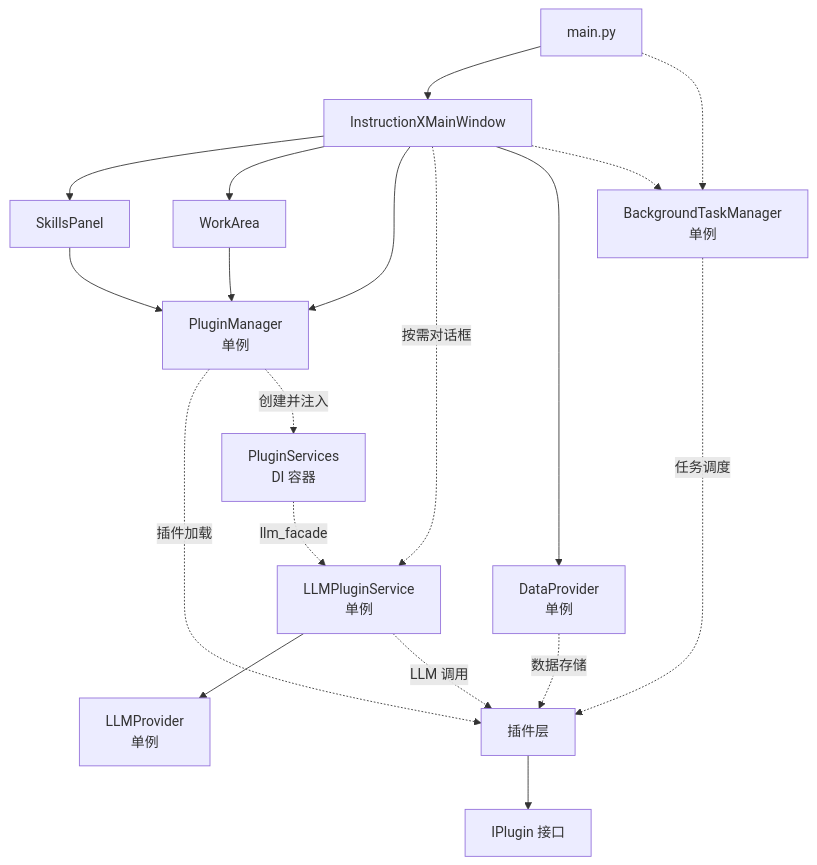
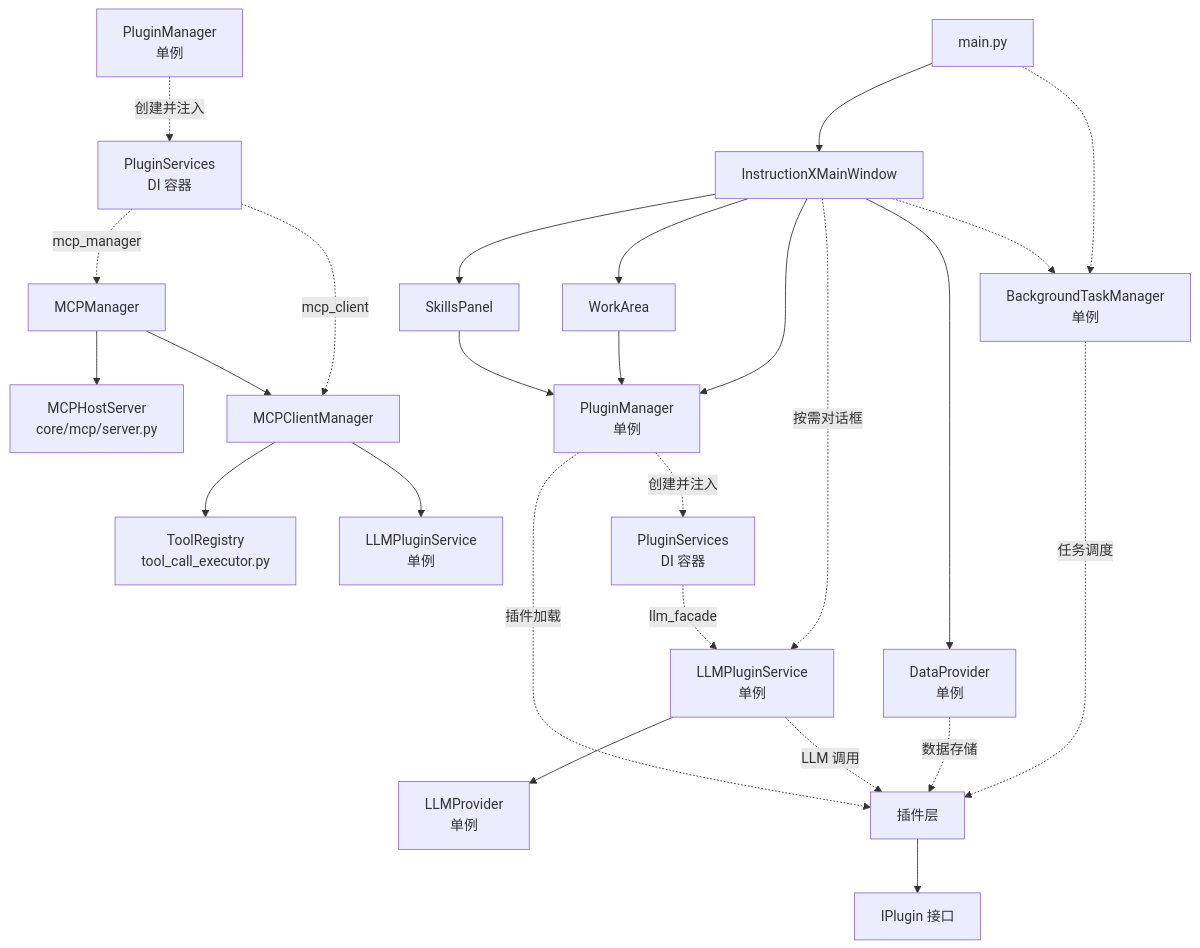
The fifth of 5 diagrams in docs/architecture/module-dependencies.md (KKPIP-Tech/InstructionX), drawn with Mermaid before and after one commit. The commit also changed other lines of this file and 9 other files, not shown here.

````diff
--- a/docs/architecture/module-dependencies.md
+++ b/docs/architecture/module-dependencies.md
@@ -323,25 +343,32 @@
 ```mermaid
 graph TD
     MAIN[main.py] --> MW[InstructionXMainWindow]
     MAIN[main.py] -.-> BTM[BackgroundTaskManager<br/>单例]
 
     MW --> SP[SkillsPanel]
     MW --> WA[WorkArea]
     MW --> PM[PluginManager<br/>单例]
     MW -.->|按需对话框| LLMS[LLMPluginService<br/>单例]
     MW --> DP[DataProvider<br/>单例]
     MW -.-> BTM
 
     SP --> PM
     WA --> PM
 
     PM -.->|插件加载| PL[插件层]
     PM -.->|创建并注入| PS[PluginServices<br/>DI 容器]
     PS -.->|llm_facade| LLMS
     DP -.->|数据存储| PL
     BTM -.->|任务调度| PL
     LLMS --> LLP[LLMProvider<br/>单例]
     LLMS -.->|LLM 调用| PL
 
     PL --> IPlugin[IPlugin 接口]
+    MCPM[MCPManager<br/>core/mcp/manager.py<br/>单例] --> MCPH[MCPHostServer<br/>core/mcp/server.py]
+    MCPM[MCPManager] --> MCPC[MCPClientManager<br/>core/mcp/client.py]
+    MCPC[MCPClientManager] --> TR[ToolRegistry<br/>tool_call_executor.py]
+    MCPC[MCPClientManager] --> LLMS2[LLMPluginService<br/>单例]
+    PM2[PluginManager<br/>单例] -.->|创建并注入| PS2[PluginServices<br/>DI 容器]
+    PS2 -.->|"mcp_manager"| MCPM
+    PS2 -.->|"mcp_client"| MCPC
 ```
````
